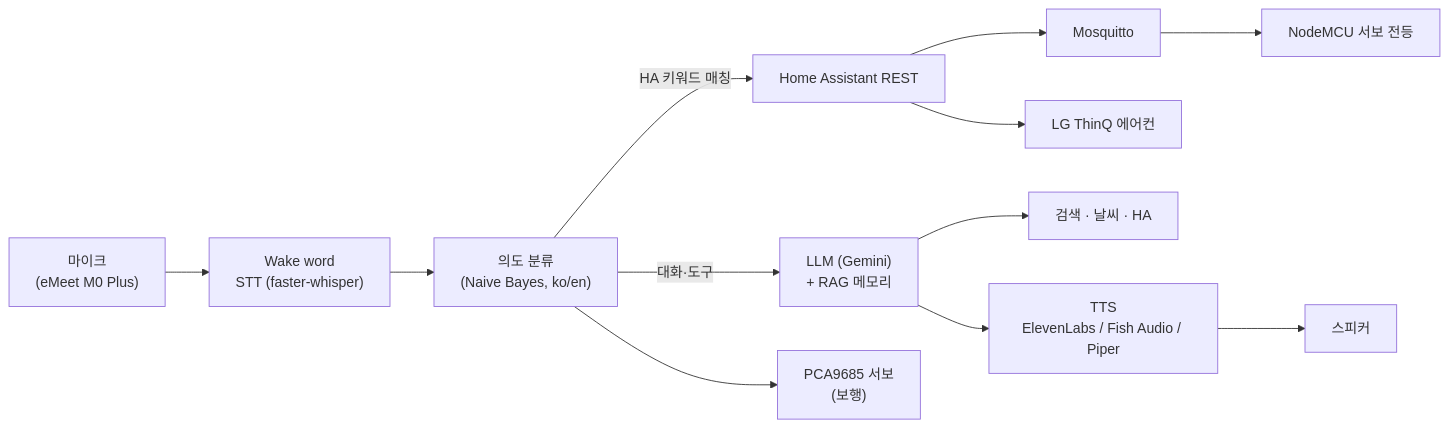
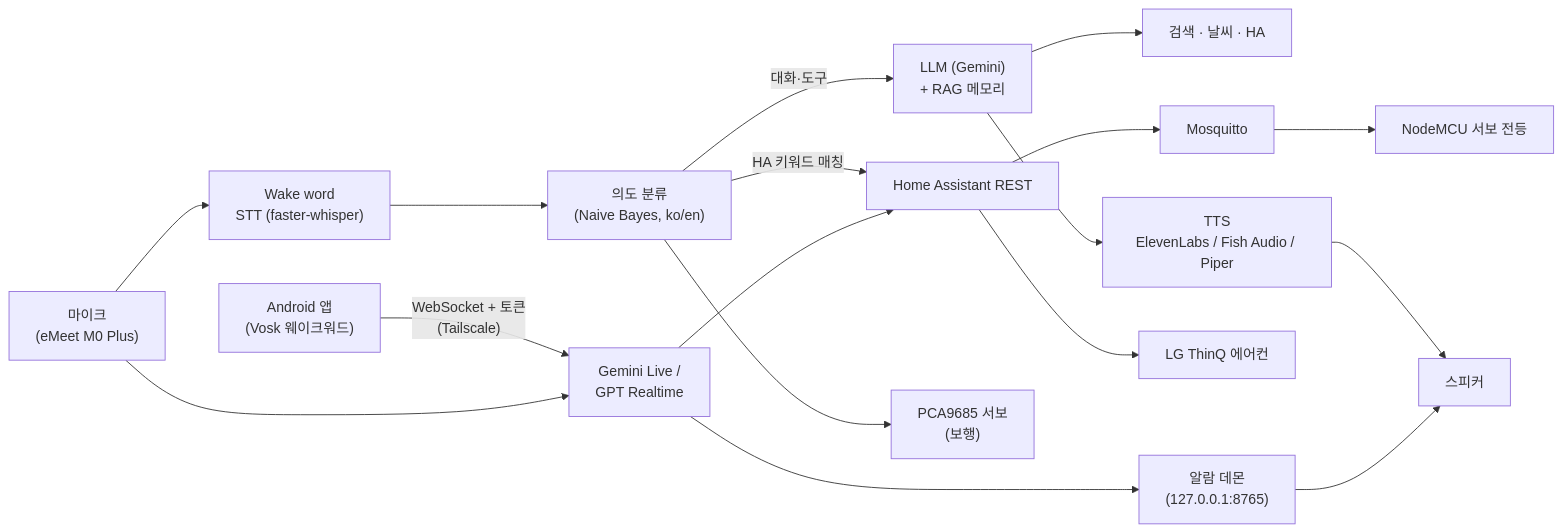
The diagram in README.md (customer0907/TARS-AI), drawn with Mermaid before and after one commit. The commit also changed other lines of this file and 40 other files, not shown here.

First line of the commit message:
feat: GPT Realtime 엔진, Android 폰 브리지, 알람 데몬 추가

````diff
--- a/README.md
+++ b/README.md
@@ -34,12 +38,16 @@
 ```mermaid
 flowchart LR
   MIC["마이크<br/>(eMeet M0 Plus)"] --> WAKE["Wake word<br/>STT (faster-whisper)"]
   WAKE --> ENGINE["의도 분류<br/>(Naive Bayes, ko/en)"]
   ENGINE -->|HA 키워드 매칭| HA["Home Assistant REST"]
   ENGINE -->|대화·도구| LLM["LLM (Gemini)<br/>+ RAG 메모리"]
   LLM --> TOOLS["검색 · 날씨 · HA"]
   LLM --> TTS["TTS<br/>ElevenLabs / Fish Audio / Piper"] --> SPK["스피커"]
   HA --> MQTT["Mosquitto"] --> LIGHT["NodeMCU 서보 전등"]
   HA --> AC["LG ThinQ 에어컨"]
   ENGINE --> SERVO["PCA9685 서보<br/>(보행)"]
+  PHONE["Android 앱<br/>(Vosk 웨이크워드)"] -- "WebSocket + 토큰<br/>(Tailscale)" --> LIVE["Gemini Live /<br/>GPT Realtime"]
+  MIC --> LIVE
+  LIVE --> HA
+  LIVE --> ALARM["알람 데몬<br/>(127.0.0.1:8765)"] --> SPK
 ```
````
